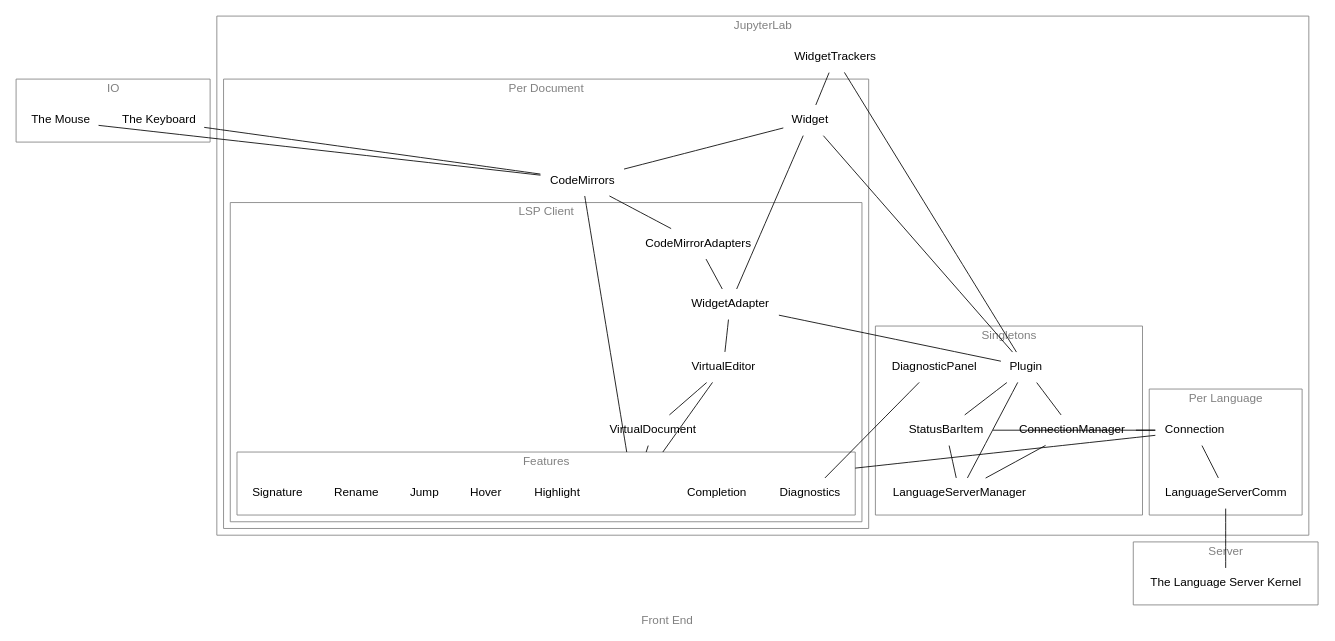
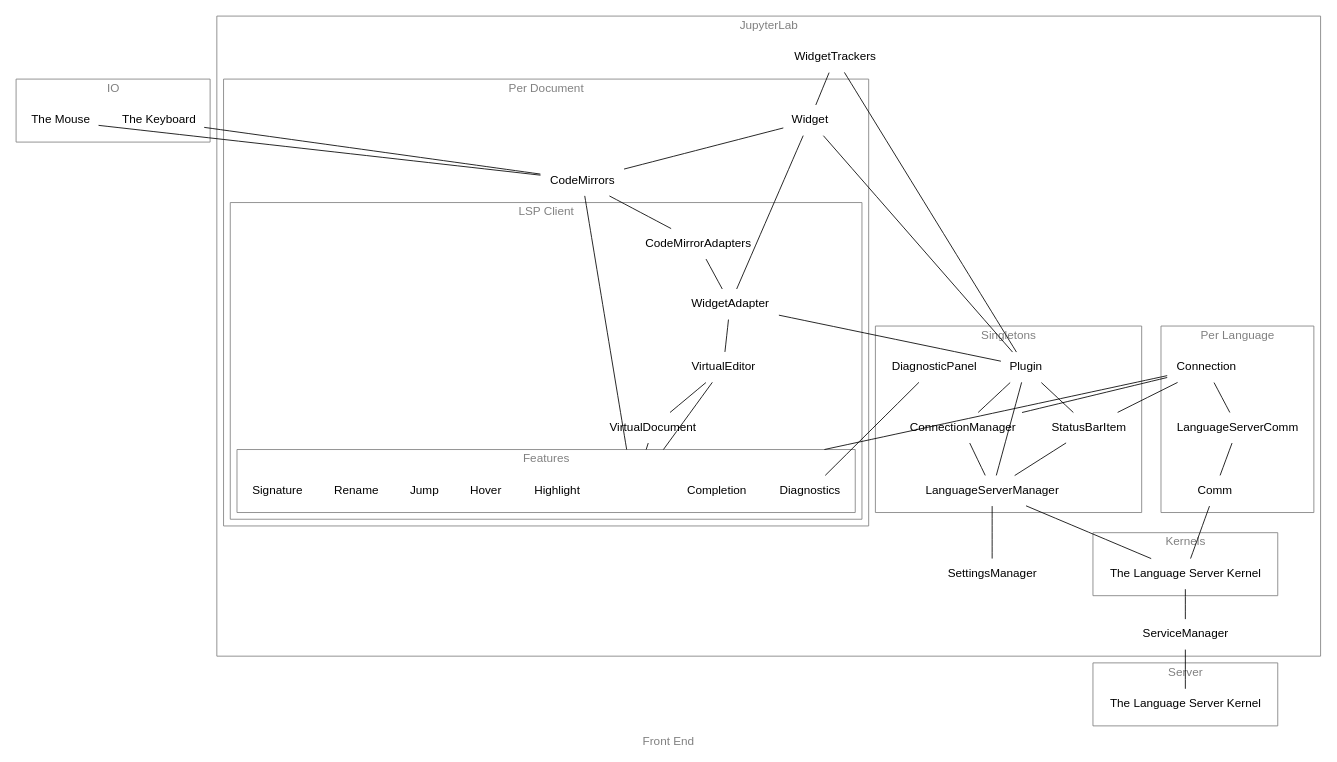
Before and after one commit to jupyter-lsp/jupyterlab-lsp: the diagram in docs/dot/as-is/frontend.dot, drawn with Graphviz. The commit also changed 1 other file, not shown here.

Commit message:
smore more cleanup on architecture diagrams

```diff
--- a/docs/dot/as-is/frontend.dot
+++ b/docs/dot/as-is/frontend.dot
@@ -1,65 +1,74 @@
 graph backend {
     label="Front End"
     splines="line"
     compound=true
     fontname="sans-serif" fontcolor=grey
     node[shape=none fontname="sans-serif"]
     edge[fontname="sans-serif"]
     graph[fontcolor=grey color=grey]
 
     subgraph cluster_io { label="IO"
         Keyboard[label="The Keyboard"]
         Mouse[label="The Mouse"]
     }
     subgraph cluster_server { label="Server"
         LanguageServerKernel[label="The Language Server Kernel"]
     }
     subgraph cluster_lab { label="JupyterLab"
+        WidgetTrackers
+        SettingsManager
+        ServiceManager
+
         subgraph cluster_singletons { label="Singletons"
             Plugin
             StatusBarItem
             DiagnosticPanel
             ConnectionManager
             LanguageServerManager
         }
-        WidgetTrackers
+
+        subgraph cluster_kernels { label="Kernels"
+            ClientLanguageServerKernel[label="The Language Server Kernel"]
+        }
 
         subgraph cluster_lang {label="Per Language"
             Connection
             LanguageServerComm
+            Comm
         }
+
         subgraph cluster_doc { label="Per Document"
             Widget
             CodeMirrors
             subgraph cluster_doc_lsp { label="LSP Client"
                 WidgetAdapter
                 VirtualEditor
                 VirtualDocument
                 CodeMirrorAdapters
                 subgraph cluster_features { label="Features"
                     Feature[style=invisible]
                     Completion
                     Diagnostics
                     Highlight
                     Hover
                     Jump
                     Rename
                     Signature
                 }
             }
         }
     }
 
     {Connection CodeMirrors VirtualDocument VirtualEditor} -- Feature[lhead=cluster_features];
     Diagnostics -- DiagnosticPanel
-    Connection -- ConnectionManager -- LanguageServerManager
+    Connection -- ConnectionManager -- LanguageServerManager -- ClientLanguageServerKernel
     CodeMirrors -- CodeMirrorAdapters -- WidgetAdapter
     WidgetAdapter -- VirtualEditor -- VirtualDocument
     WidgetTrackers -- {Plugin -- Widget}
     StatusBarItem -- Connection
-    Widget -- WidgetAdapter -- Plugin -- StatusBarItem -- LanguageServerManager
+    Widget -- WidgetAdapter -- Plugin -- StatusBarItem -- LanguageServerManager -- SettingsManager
     Widget -- CodeMirrors
     Plugin -- {ConnectionManager LanguageServerManager}
-    Connection -- LanguageServerComm -- LanguageServerKernel
+    Connection -- LanguageServerComm -- Comm -- ClientLanguageServerKernel -- ServiceManager -- LanguageServerKernel
     {Keyboard Mouse} -- CodeMirrors
 }
```
